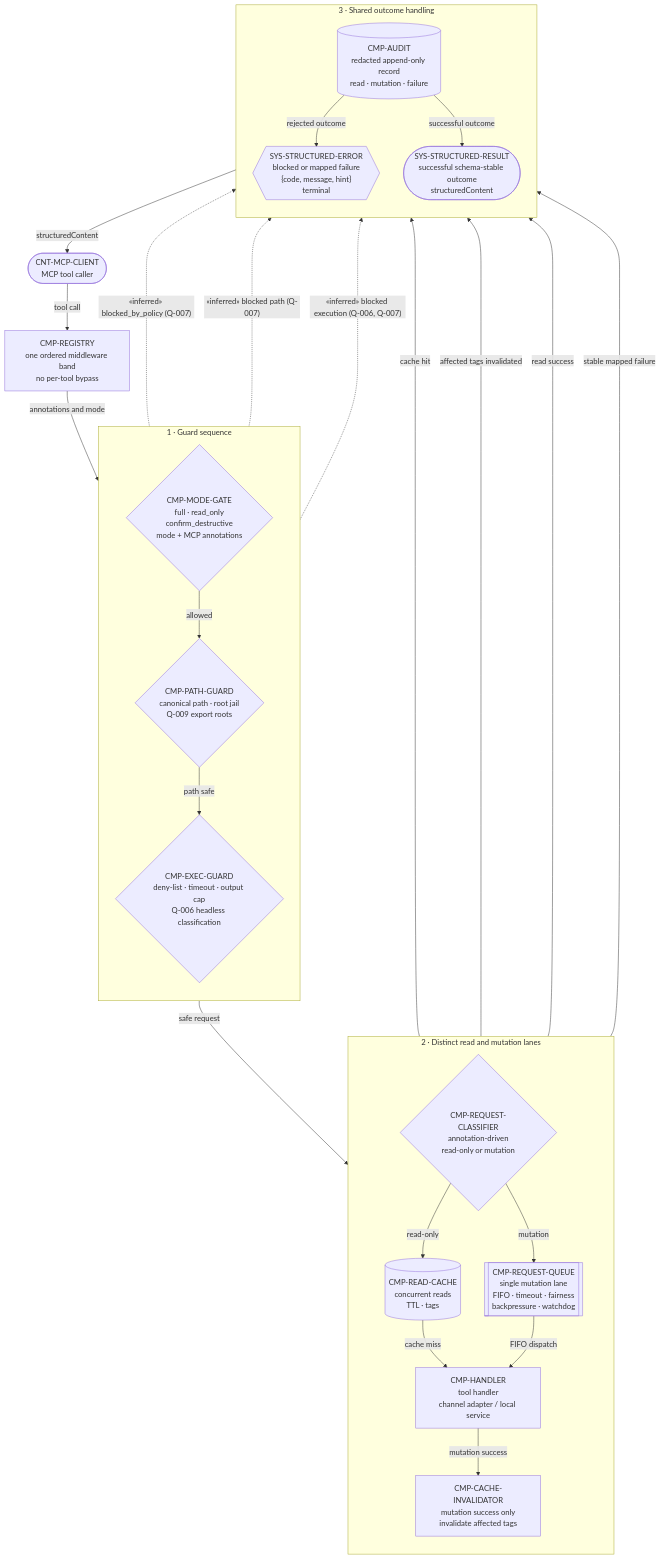
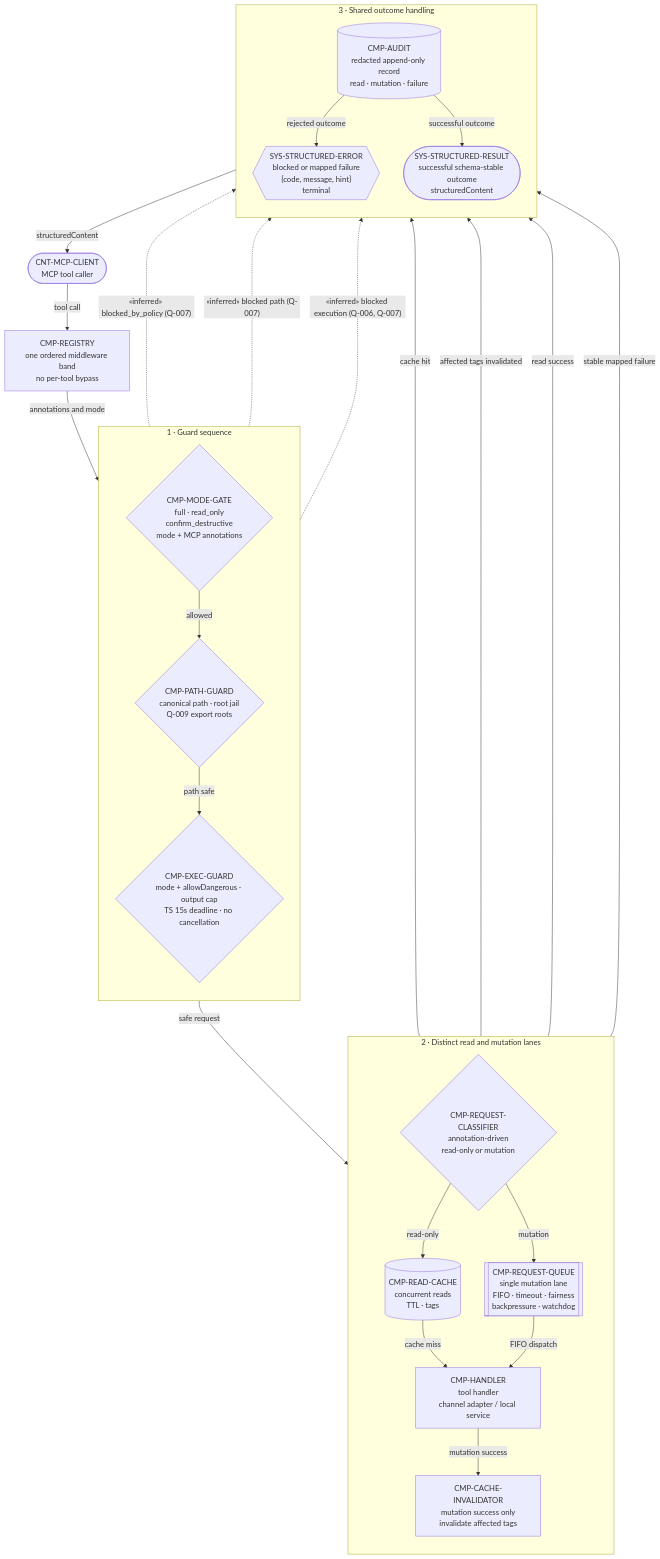
Before and after one commit to 9thLevelSoftware/robogodot: the diagram in docs/architecture/07-policy-pipeline.md, drawn with Mermaid. The commit also changed other lines of this file and 15 other files, not shown here.

Commit message:
fix: harden class docs and align architecture

```diff
--- a/docs/architecture/07-policy-pipeline.md
+++ b/docs/architecture/07-policy-pipeline.md
@@ -32,7 +32,7 @@
     %% atlas-node: CMP-PATH-GUARD
     PATH_GUARD{"CMP-PATH-GUARD<br/>canonical path · root jail<br/>Q-009 export roots"}
     %% atlas-node: CMP-EXEC-GUARD
-    EXEC_GUARD{"CMP-EXEC-GUARD<br/>deny-list · timeout · output cap<br/>Q-006 headless classification"}
+    EXEC_GUARD{"CMP-EXEC-GUARD<br/>mode + allowDangerous · output cap<br/>TS 15s deadline · no cancellation"}
   end
 
   subgraph WORK_BAND["2 · Distinct read and mutation lanes"]
```
